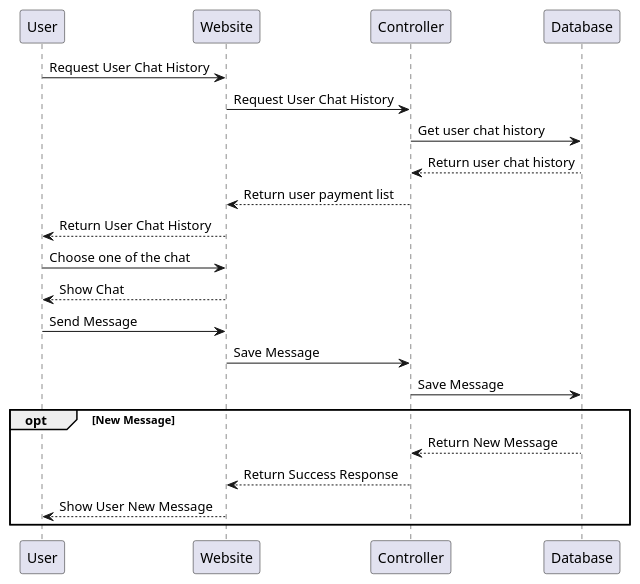
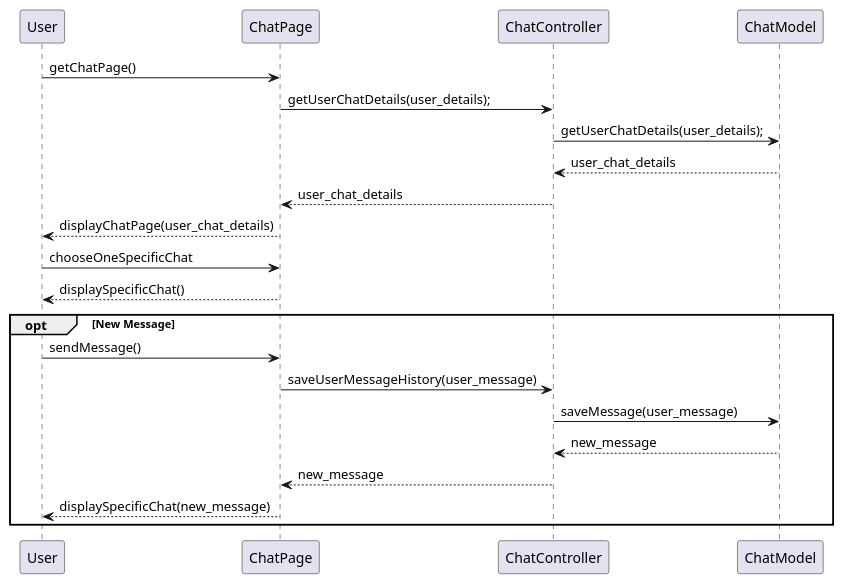
One commit to AntWort21/BHFMS changed the diagram in Design/BHFMS_SEQUENCE/Chat.puml. Above: the diagram before and after it, drawn with PlantUML. The commit also changed 12 other files, not shown here.

Commit message:
updated sequence diagram

```diff
--- a/Design/BHFMS_SEQUENCE/Chat.puml
+++ b/Design/BHFMS_SEQUENCE/Chat.puml
@@ -1,18 +1,18 @@
 @startuml
-User -> Website: Request User Chat History
-Website -> Controller: Request User Chat History
-Controller -> Database: Get user chat history
-Controller <-- Database: Return user chat history
-Website <-- Controller: Return user payment list
-User <-- Website: Return User Chat History
-User -> Website: Choose one of the chat
-User <-- Website: Show Chat
-User -> Website: Send Message
-Website -> Controller: Save Message
-Controller -> Database: Save Message
+User -> ChatPage: getChatPage()
+ChatPage -> ChatController: getUserChatDetails(user_details);
+ChatController -> ChatModel: getUserChatDetails(user_details);
+ChatController <-- ChatModel: user_chat_details
+ChatPage <-- ChatController: user_chat_details
+User <-- ChatPage: displayChatPage(user_chat_details)
+User -> ChatPage: chooseOneSpecificChat
+User <-- ChatPage: displaySpecificChat()
 opt New Message
-    Controller <-- Database: Return New Message
-    Website <-- Controller: Return Success Response
-    User <-- Website: Show User New Message
+    User -> ChatPage: sendMessage()
+    ChatPage -> ChatController: saveUserMessageHistory(user_message)
+    ChatController -> ChatModel: saveMessage(user_message)
+    ChatController <-- ChatModel: new_message
+    ChatPage <-- ChatController: new_message
+    User <-- ChatPage: displaySpecificChat(new_message)
 end
 @enduml
```
